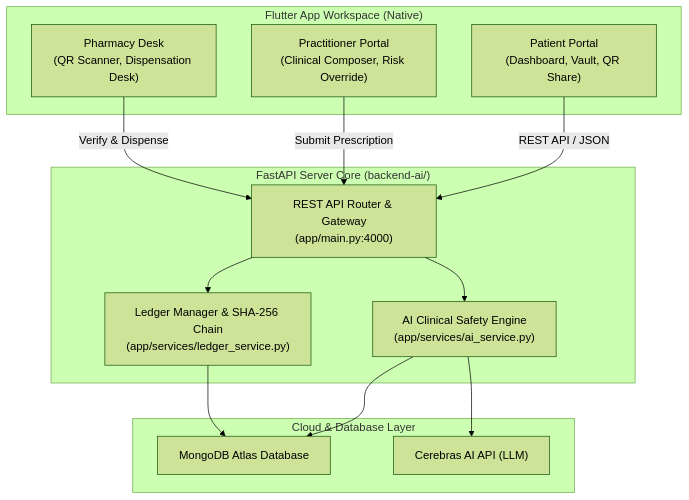
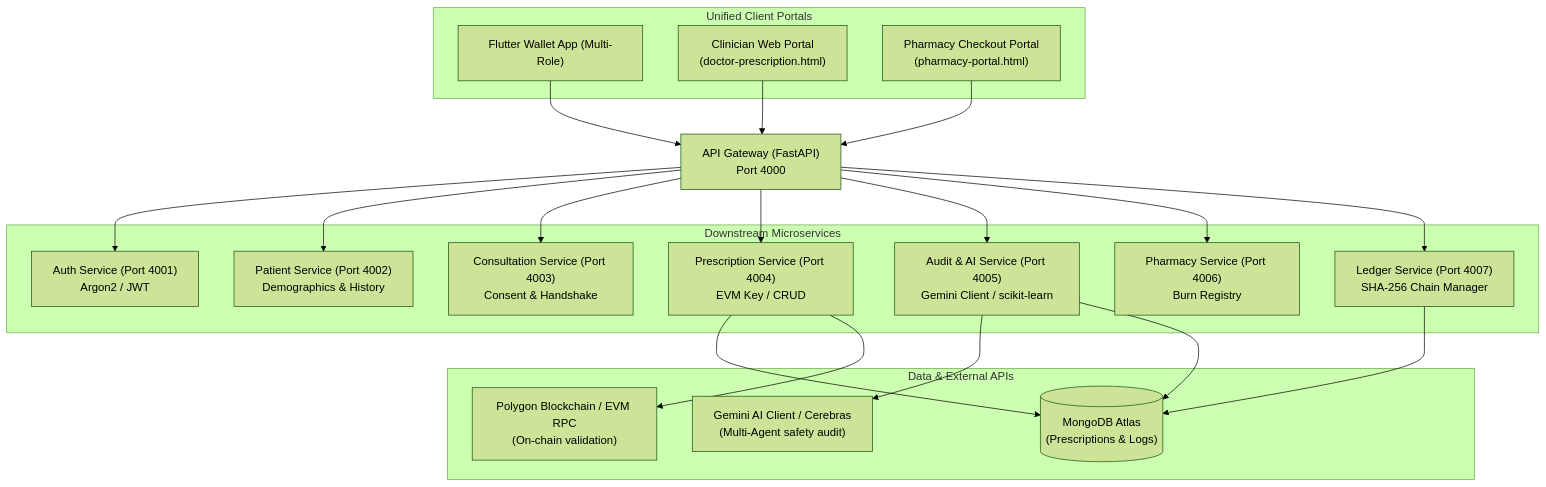
Before and after one commit to AI-develop2006/health_aegisRX: the first of 3 diagrams in README.md, drawn with Mermaid (forest theme). The commit also changed other lines of this file, not shown here.

Commit message:
docs: rewrite README with microservice registries, diagrams, and setup instructions

````diff
--- a/README.md
+++ b/README.md
@@ -43,28 +44,50 @@
 ```mermaid
 graph TB
-    subgraph "Flutter App Workspace (Native)"
-        A["Patient Portal<br/>(Dashboard, Vault, QR Share)"]
-        B["Practitioner Portal<br/>(Clinical Composer, Risk Override)"]
-        C["Pharmacy Desk<br/>(QR Scanner, Dispensation Desk)"]
+    %% Clients
+    subgraph Clients ["Unified Client Portals"]
+        Flutter["Flutter Wallet App (Multi-Role)"]
+        DocWeb["Clinician Web Portal<br/>(doctor-prescription.html)"]
+        PharmWeb["Pharmacy Checkout Portal<br/>(pharmacy-portal.html)"]
     end
 
-    subgraph "FastAPI Server Core (backend-ai/)"
-        D["REST API Router & Gateway<br/>(app/main.py:4000)"]
-        E["AI Clinical Safety Engine<br/>(app/services/ai_service.py)"]
-        F["Ledger Manager & SHA-256 Chain<br/>(app/services/ledger_service.py)"]
+    %% Gateway
+    Gateway["API Gateway (FastAPI)<br/>Port 4000"]
+
+    %% Downstream Services
+    subgraph Services ["Downstream Microservices"]
+        AuthSvc["Auth Service (Port 4001)<br/>Argon2 / JWT"]
+        PatientSvc["Patient Service (Port 4002)<br/>Demographics & History"]
+        ConsultSvc["Consultation Service (Port 4003)<br/>Consent & Handshake"]
+        PrescSvc["Prescription Service (Port 4004)<br/>EVM Key / CRUD"]
+        AuditSvc["Audit & AI Service (Port 4005)<br/>Gemini Client / scikit-learn"]
+        PharmSvc["Pharmacy Service (Port 4006)<br/>Burn Registry"]
+        LedgerSvc["Ledger Service (Port 4007)<br/>SHA-256 Chain Manager"]
     end
 
-    subgraph "Cloud & Database Layer"
-        G["MongoDB Atlas Database"]
-        H["Cerebras AI API (LLM)"]
+    %% Infrastructure & External APIs
+    subgraph DataInfra ["Data & External APIs"]
+        MongoDB[("MongoDB Atlas<br/>(Prescriptions & Logs)")]
+        GeminiAPI["Gemini AI Client / Cerebras<br/>(Multi-Agent safety audit)"]
+        PolygonChain["Polygon Blockchain / EVM RPC<br/>(On-chain validation)"]
     end
 
-    A -- "REST API / JSON" --> D
-    B -- "Submit Prescription" --> D
-    C -- "Verify & Dispense" --> D
-    D --> E
-    D --> F
-    E --> G
-    E --> H
-    F --> G
+    %% Routing Flow
+    Flutter --> Gateway
+    DocWeb --> Gateway
+    PharmWeb --> Gateway
+
+    Gateway --> AuthSvc
+    Gateway --> PatientSvc
+    Gateway --> ConsultSvc
+    Gateway --> PrescSvc
+    Gateway --> AuditSvc
+    Gateway --> PharmSvc
+    Gateway --> LedgerSvc
+
+    %% Service interactions
+    AuditSvc --> GeminiAPI
+    AuditSvc --> MongoDB
+    PrescSvc --> MongoDB
+    PrescSvc --> PolygonChain
+    LedgerSvc --> MongoDB
 ```
````
